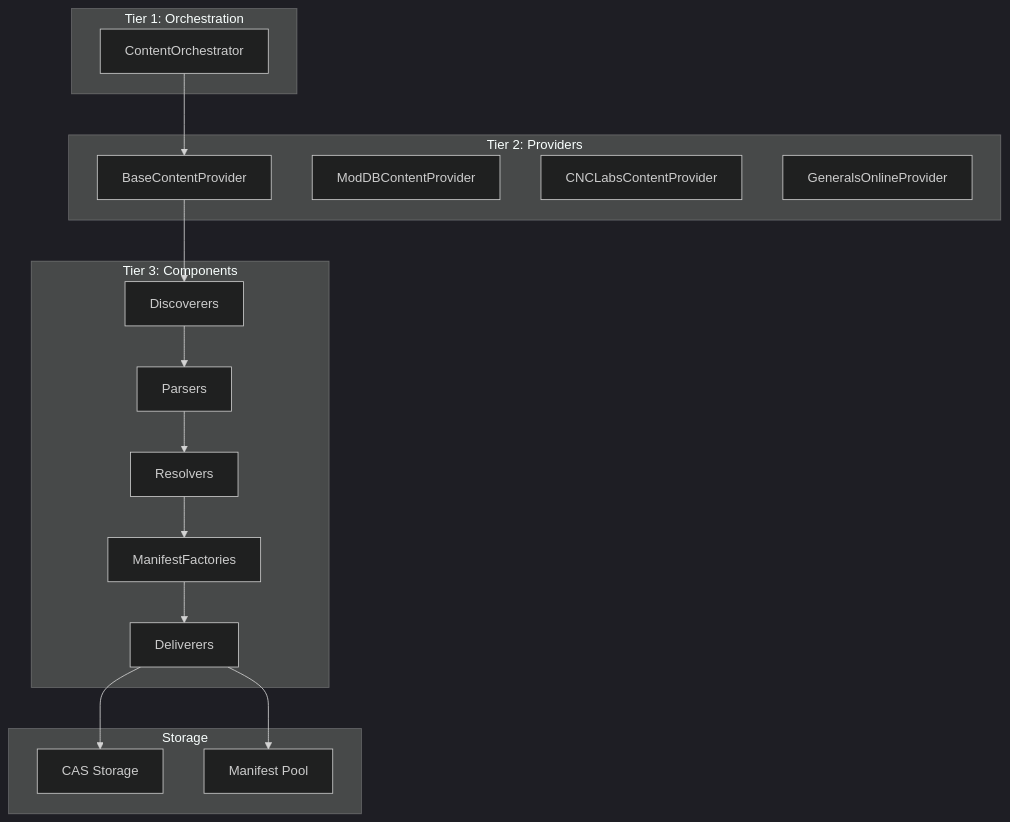
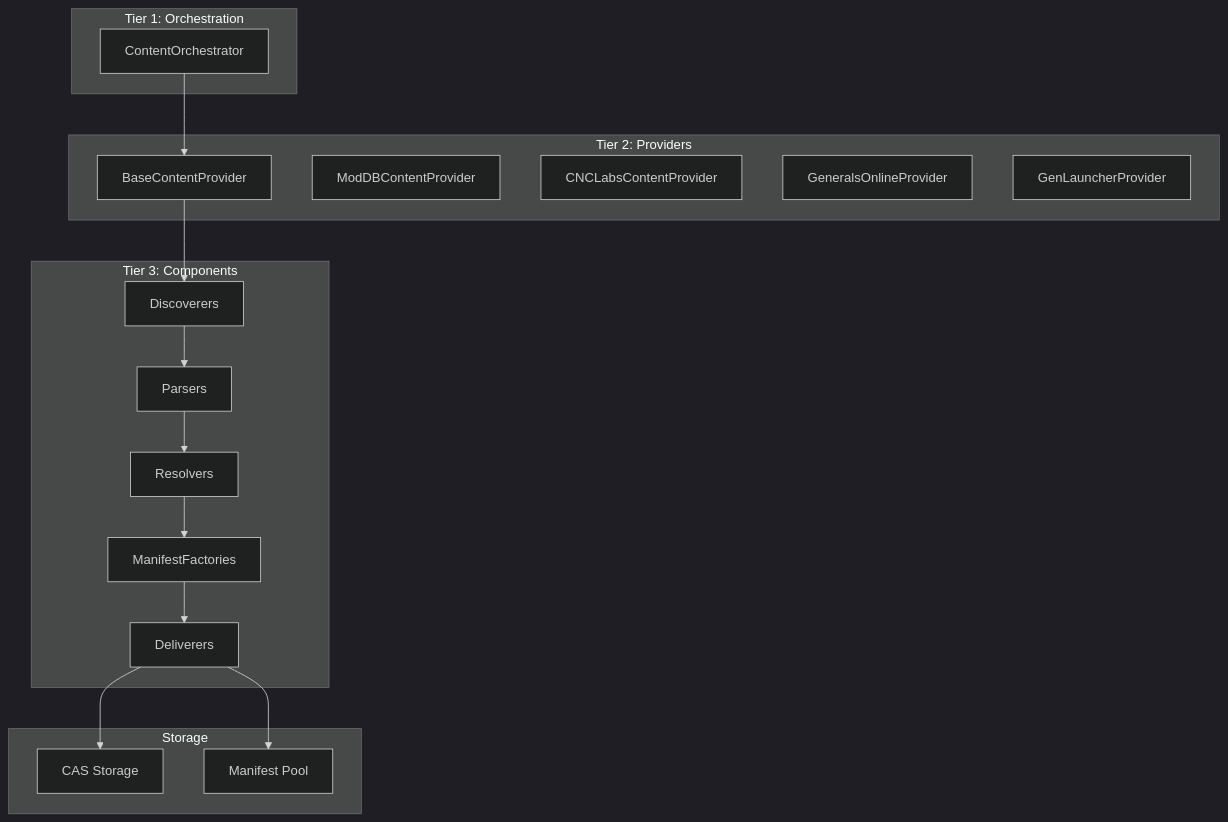
One commit to community-outpost/GenHub changed the first of 4 diagrams in docs/features/content/content-pipeline.md. Above: the diagram before and after it, drawn with Mermaid (dark theme). The commit also changed other lines of this file and 3 other files, not shown here.

Commit message:
fix(localization): localize ContentDetailViewModel notifications and update publisher architecture docs

````diff
--- a/docs/features/content/content-pipeline.md
+++ b/docs/features/content/content-pipeline.md
@@ -15,35 +15,36 @@
 ```mermaid
 flowchart TB
     subgraph "Tier 1: Orchestration"
         CO["ContentOrchestrator"]
     end
 
     subgraph "Tier 2: Providers"
         BP["BaseContentProvider"]
         MDP["ModDBContentProvider"]
         CLP["CNCLabsContentProvider"]
         GOP["GeneralsOnlineProvider"]
+        GLP["GenLauncherProvider"]
     end
 
     subgraph "Tier 3: Components"
         D["Discoverers"]
         P["Parsers"]
         R["Resolvers"]
         DEL["Deliverers"]
         MF["ManifestFactories"]
     end
 
     subgraph "Storage"
         CAS["CAS Storage"]
         MP["Manifest Pool"]
     end
 
     CO --> BP
     BP --> D
     D --> P
     P --> R
     R --> MF
     MF --> DEL
     DEL --> CAS
     DEL --> MP
 ```
````
